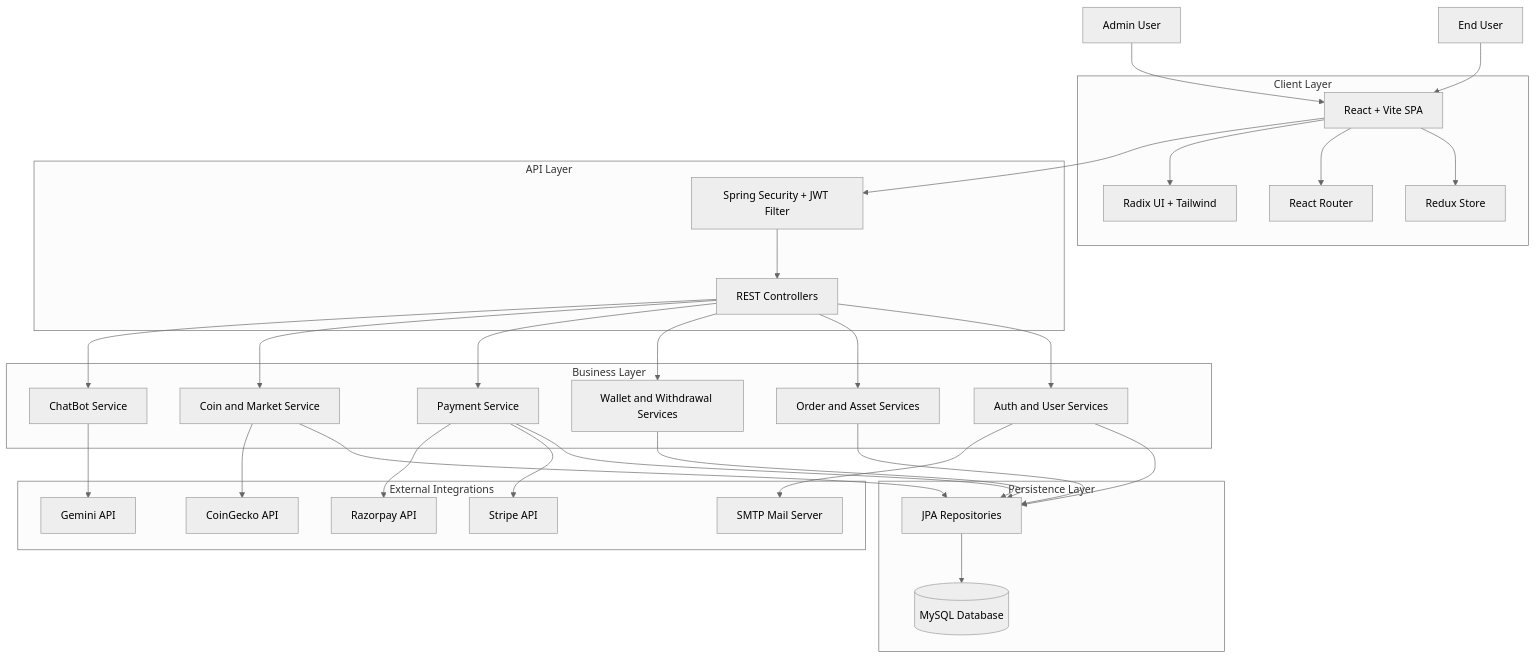
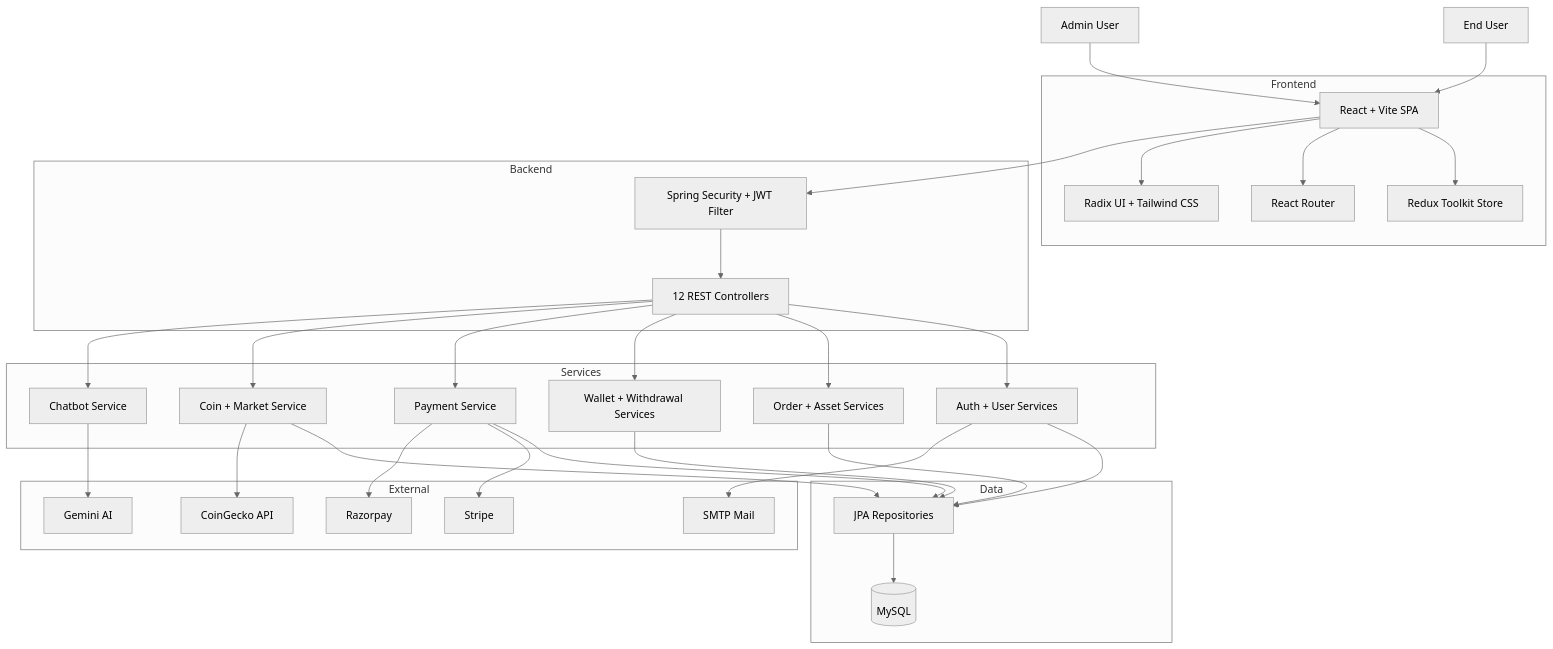
One commit to himanshugupta91/CoinX-Cryptocurrency-Trading-Platform changed the first of 10 diagrams in README.md. Above: the diagram before and after it, drawn with Mermaid (neutral theme). The commit also changed other lines of this file, not shown here.

Commit message:
docs: improve README with badges, TOC, accurate versions, detailed structure, API tables, and order flow

````diff
--- a/README.md
+++ b/README.md
@@ -93,64 +125,64 @@
 ```mermaid
 flowchart TB
     User[End User]
     Admin[Admin User]
 
-    subgraph Client Layer
+    subgraph Frontend
         WebApp[React + Vite SPA]
-        Redux[Redux Store]
+        Redux[Redux Toolkit Store]
         Router[React Router]
-        UI[Radix UI + Tailwind]
+        UI[Radix UI + Tailwind CSS]
     end
 
-    subgraph API Layer
+    subgraph Backend
         Security[Spring Security + JWT Filter]
-        Controllers[REST Controllers]
+        Controllers[12 REST Controllers]
     end
 
-    subgraph Business Layer
-        AuthSvc[Auth and User Services]
-        TradeSvc[Order and Asset Services]
-        WalletSvc[Wallet and Withdrawal Services]
+    subgraph Services
+        AuthSvc[Auth + User Services]
+        TradeSvc[Order + Asset Services]
+        WalletSvc[Wallet + Withdrawal Services]
         PaymentSvc[Payment Service]
-        CoinSvc[Coin and Market Service]
-        ChatSvc[ChatBot Service]
+        CoinSvc[Coin + Market Service]
+        ChatSvc[Chatbot Service]
     end
 
-    subgraph Persistence Layer
+    subgraph Data
         Repos[JPA Repositories]
-        MySQL[(MySQL Database)]
+        MySQL[(MySQL)]
     end
 
-    subgraph External Integrations
+    subgraph External
         CoinGecko[CoinGecko API]
-        Stripe[Stripe API]
-        Razorpay[Razorpay API]
-        Gemini[Gemini API]
-        MailSMTP[SMTP Mail Server]
+        Stripe[Stripe]
+        Razorpay[Razorpay]
+        Gemini[Gemini AI]
+        SMTP[SMTP Mail]
     end
 
     User --> WebApp
     Admin --> WebApp
     WebApp --> Redux
     WebApp --> Router
     WebApp --> UI
     WebApp --> Security
     Security --> Controllers
     Controllers --> AuthSvc
     Controllers --> TradeSvc
     Controllers --> WalletSvc
     Controllers --> PaymentSvc
     Controllers --> CoinSvc
     Controllers --> ChatSvc
     AuthSvc --> Repos
     TradeSvc --> Repos
     WalletSvc --> Repos
     PaymentSvc --> Repos
     CoinSvc --> Repos
     Repos --> MySQL
     CoinSvc --> CoinGecko
     PaymentSvc --> Stripe
     PaymentSvc --> Razorpay
     ChatSvc --> Gemini
-    AuthSvc --> MailSMTP
+    AuthSvc --> SMTP
 ```
````
